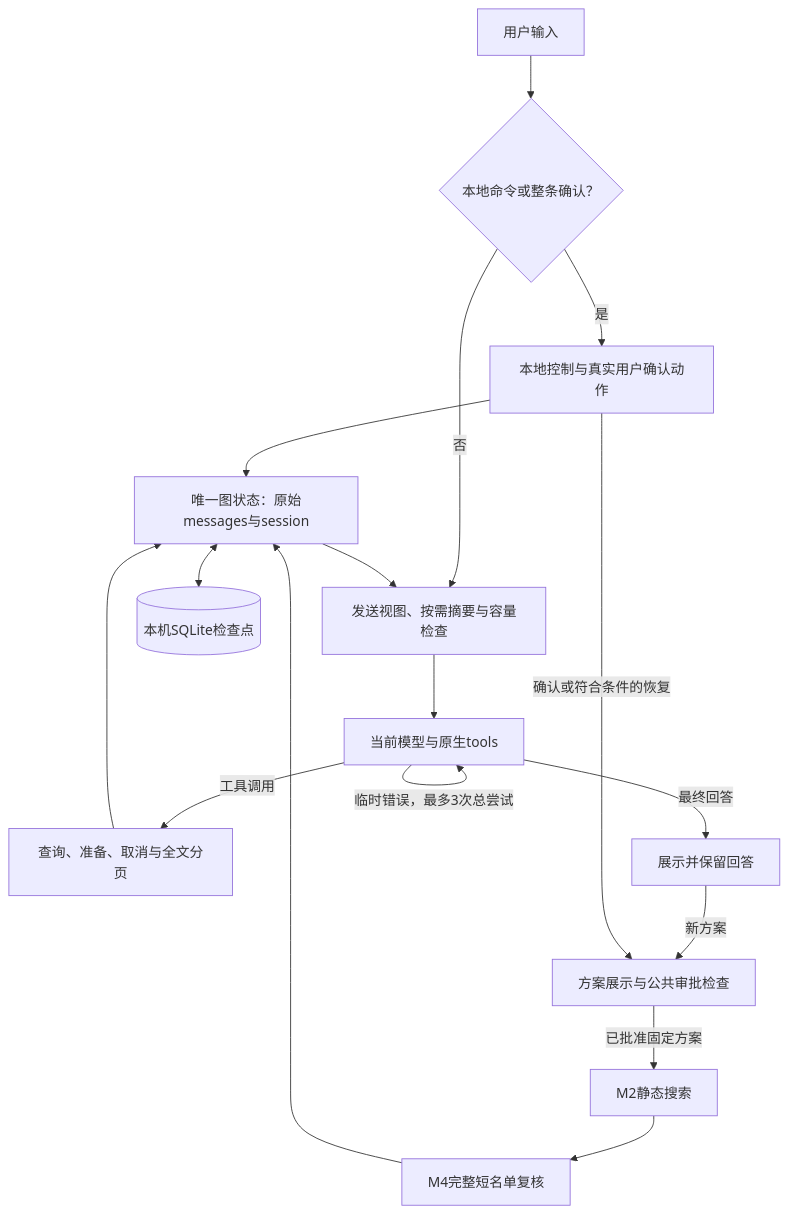
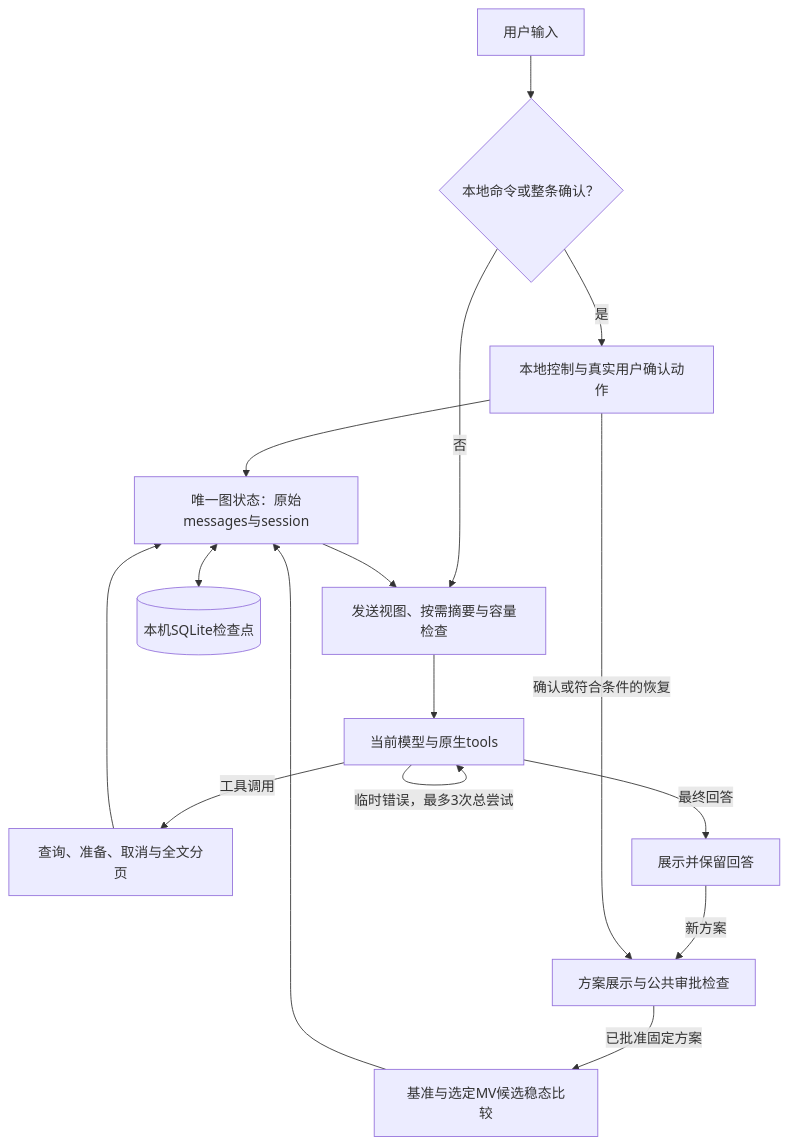
The diagram in docs/architecture/02_领域智能体架构与功能设计.md (lvguima/petroleum_rto_agent), drawn with Mermaid before and after one commit. The commit also changed other lines of this file and 381 other files, not shown here.

````diff
--- a/docs/architecture/02_领域智能体架构与功能设计.md
+++ b/docs/architecture/02_领域智能体架构与功能设计.md
@@ -9,21 +9,20 @@
 ```mermaid
 flowchart TB
     accTitle: 单一图中的对话、审批与固定执行
-    accDescr: 一份图状态保存原始消息与会话，SQLite记录检查点；模型只能查询和准备，真实用户确认后由同一图固定执行M2和M4，重启不自动计算。
+    accDescr: 一份图状态保存原始消息与会话，SQLite记录检查点；模型只能查询和准备，真实用户确认后由同一图执行基准与选定MV候选稳态比较，重启不自动计算。
     input["用户输入"] --> command{"本地命令或整条确认？"}
     command -->|是| local["本地控制与真实用户确认动作"]
     command -->|否| context["发送视图、按需摘要与容量检查"]
     local --> state["唯一图状态：原始messages与session"]
     state <--> database[("本机SQLite检查点")]
     state --> context
     context --> model["当前模型与原生tools"]
     model -->|临时错误，最多3次总尝试| model
     model -->|工具调用| tools["查询、准备、取消与全文分页"]
     tools --> state
     model -->|最终回答| reply["展示并保留回答"]
     reply -->|新方案| gate["方案展示与公共审批检查"]
     local -->|确认或符合条件的恢复| gate
-    gate -->|已批准固定方案| m2["M2静态搜索"]
-    m2 --> m4["M4完整短名单复核"]
-    m4 --> state
+    gate -->|已批准固定方案| steady["基准与选定MV候选稳态比较"]
+    steady --> state
 ```
````
